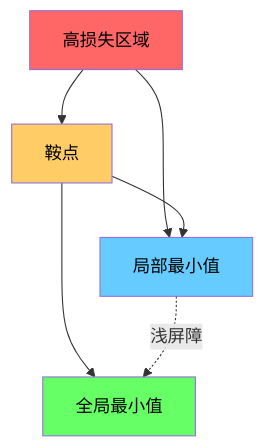
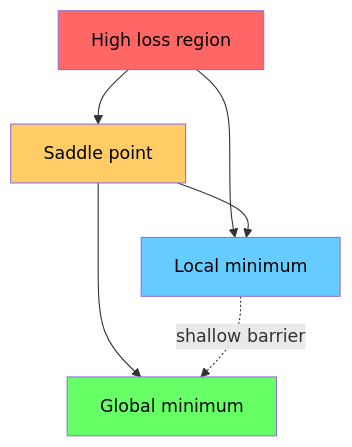
Before and after one commit to xiaojiaenen/ai-engineering-from-scratch-zh: the fifth of 5 diagrams in i18n/zh/phases/01-math-foundations/08-optimization/docs/zh.md, drawn with Mermaid. The commit also changed other lines of this file and 22 other files, not shown here.

````diff
--- a/i18n/zh/phases/01-math-foundations/08-optimization/docs/zh.md
+++ b/i18n/zh/phases/01-math-foundations/08-optimization/docs/zh.md
@@ -183,12 +183,12 @@
 ```mermaid
 graph TD
-    HL["高损失区域"] --> SP["鞍点"]
-    HL --> LM["局部最小值"]
+    HL["High loss region"] --> SP["Saddle point"]
+    HL --> LM["Local minimum"]
     SP --> LM
-    SP --> GM["全局最小值"]
-    LM -.->|"浅屏障"| GM
+    SP --> GM["Global minimum"]
+    LM -.->|"shallow barrier"| GM
     style HL fill:#ff6666,color:#000
     style SP fill:#ffcc66,color:#000
     style LM fill:#66ccff,color:#000
     style GM fill:#66ff66,color:#000
 ```
````
